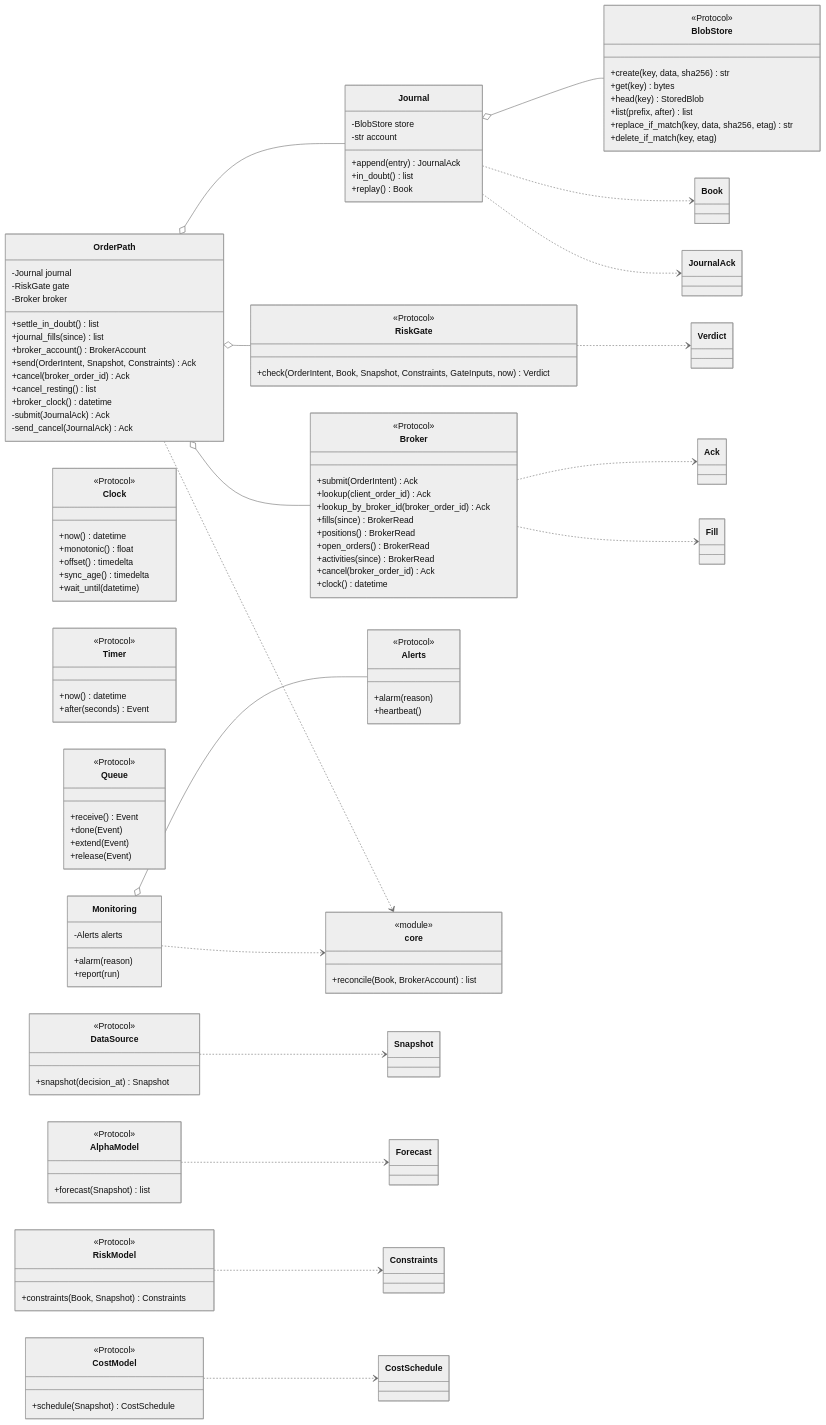
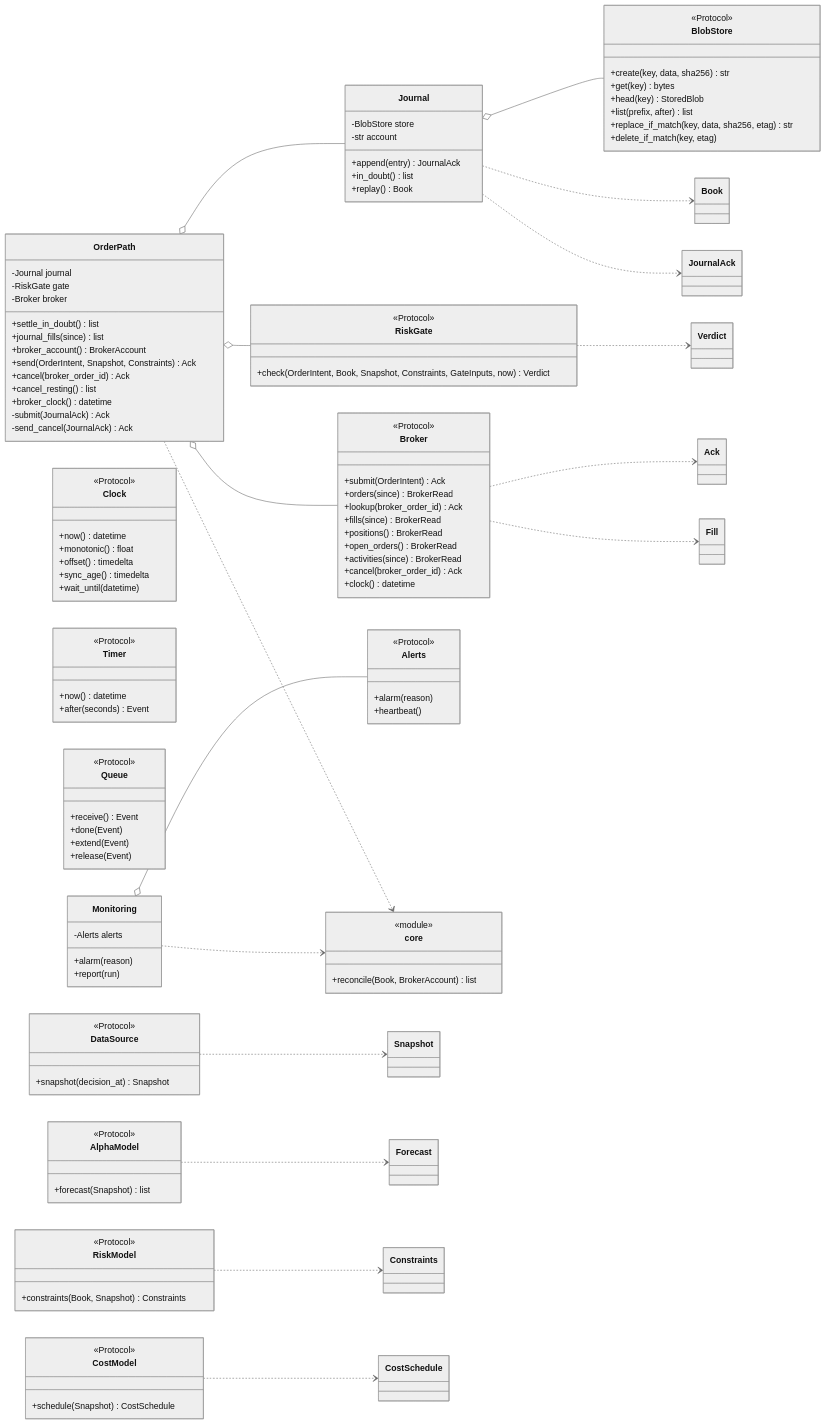
Diagram 27 of 34 in docs/architecture.md (l3a0/ithildin-runtime), drawn with Mermaid (neutral theme) before and after one commit. The commit also changed other lines of this file and 1 other file, not shown here.

First line of the commit message:
docs: look every order up by the broker's id, never by client order id

```diff
--- a/docs/architecture.md
+++ b/docs/architecture.md
@@ -1837,8 +1852,8 @@
     class Broker {
         <<Protocol>>
         +submit(OrderIntent) Ack
-        +lookup(client_order_id) Ack
-        +lookup_by_broker_id(broker_order_id) Ack
+        +orders(since) BrokerRead
+        +lookup(broker_order_id) Ack
         +fills(since) BrokerRead
         +positions() BrokerRead
         +open_orders() BrokerRead
```
